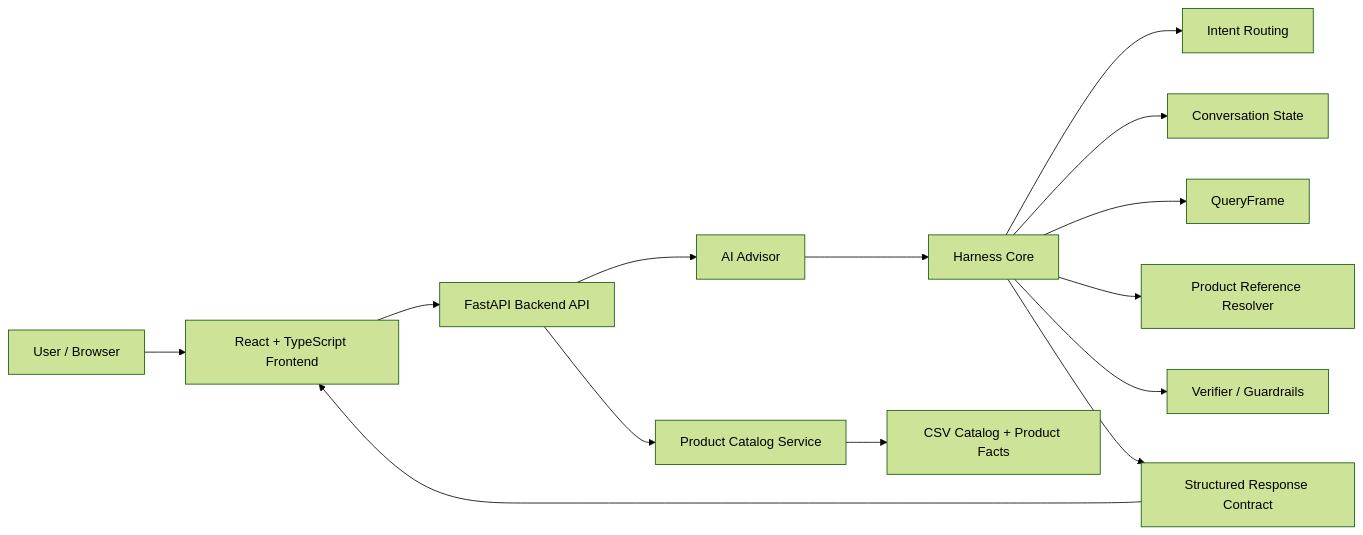
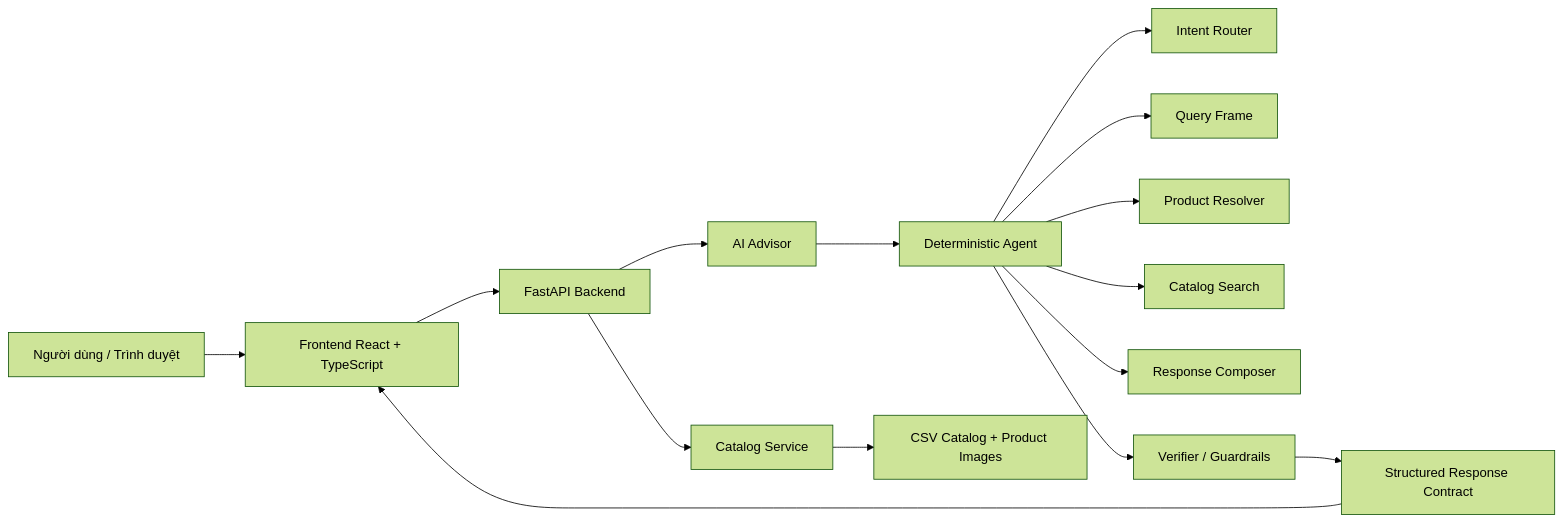
Before and after one commit to mindu2kk/Internship: the diagram in SourceCode/README.md, drawn with Mermaid (forest theme). The commit also changed other lines of this file and 18 other files, not shown here.

````diff
--- a/SourceCode/README.md
+++ b/SourceCode/README.md
@@ -19,16 +21,17 @@
 ```mermaid
 flowchart LR
-    User["User / Browser"] --> Frontend["React + TypeScript Frontend"]
-    Frontend --> API["FastAPI Backend API"]
-    API --> Catalog["Product Catalog Service"]
+    User["Người dùng / Trình duyệt"] --> Frontend["Frontend React + TypeScript"]
+    Frontend --> API["FastAPI Backend"]
+    API --> Catalog["Catalog Service"]
     API --> Advisor["AI Advisor"]
-    Advisor --> Harness["Harness Core"]
-    Harness --> Intent["Intent Routing"]
-    Harness --> State["Conversation State"]
-    Harness --> QueryFrame["QueryFrame"]
-    Harness --> Resolver["Product Reference Resolver"]
-    Harness --> Verifier["Verifier / Guardrails"]
-    Catalog --> Data["CSV Catalog + Product Facts"]
-    Harness --> Contract["Structured Response Contract"]
+    Advisor --> Agent["Deterministic Agent"]
+    Agent --> Intent["Intent Router"]
+    Agent --> Frame["Query Frame"]
+    Agent --> Resolver["Product Resolver"]
+    Agent --> Search["Catalog Search"]
+    Agent --> Composer["Response Composer"]
+    Agent --> Verifier["Verifier / Guardrails"]
+    Catalog --> Data["CSV Catalog + Product Images"]
+    Verifier --> Contract["Structured Response Contract"]
     Contract --> Frontend
 ```
````
